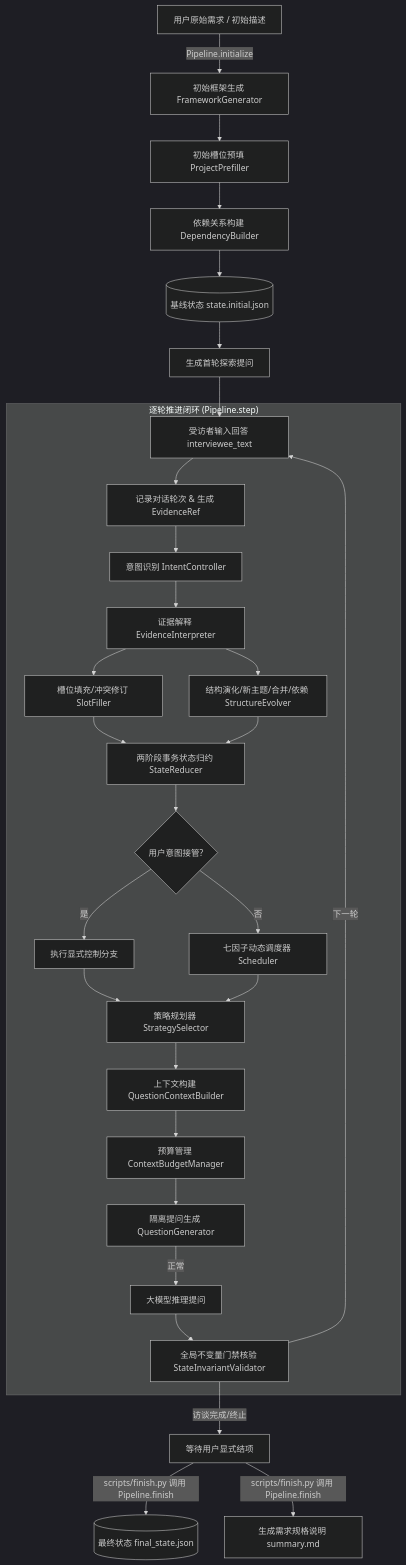
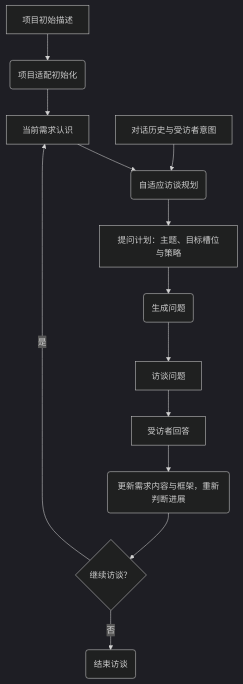
The diagram in README_zh.md (EchoAran/ElicitMind), drawn with Mermaid (dark theme) before and after one commit. The commit also changed other lines of this file and 1 other file, not shown here.

````diff
--- a/README_zh.md
+++ b/README_zh.md
@@ -48,33 +48,15 @@
 ```mermaid
 flowchart TD
-    A[用户原始需求 / 初始描述] -->|Pipeline.initialize| B[初始框架生成 FrameworkGenerator]
-    B --> C[初始槽位预填 ProjectPrefiller]
-    C --> D[依赖关系构建 DependencyBuilder]
-    D --> E[(基线状态 state.initial.json)]
-
-    E --> F[生成首轮探索提问]
-    F --> G[受访者输入回答 interviewee_text]
-
-    subgraph "逐轮推进闭环 (Pipeline.step)"
-        G --> H[记录对话轮次 & 生成 EvidenceRef]
-        H --> I[意图识别 IntentController]
-        I --> J[证据解释 EvidenceInterpreter]
-        J --> K[槽位填充/冲突修订 SlotFiller]
-        J --> L[结构演化/新主题/合并/依赖 StructureEvolver]
-        K & L --> M[两阶段事务状态归约 StateReducer]
-        M --> N{用户意图接管?}
-        N -- 是 --> O[执行显式控制分支]
-        N -- 否 --> P[七因子动态调度器 Scheduler]
-        O & P --> Q[策略规划器 StrategySelector]
-        Q --> R[上下文构建 QuestionContextBuilder]
-        R --> S[预算管理 ContextBudgetManager]
-        S --> T[隔离提问生成 QuestionGenerator]
-        T -->|正常| V[大模型推理提问]
-        V --> W[全局不变量门禁核验 StateInvariantValidator]
-    end
-
-    W -->|下一轮| G
-    W -->|访谈完成/终止| X[等待用户显式结项]
-    X -->|scripts/finish.py 调用 Pipeline.finish| Y[(最终状态 final_state.json)]
-    X -->|scripts/finish.py 调用 Pipeline.finish| Z[生成需求规格说明 summary.md]
+    I[项目初始描述] --> A(项目适配初始化)
+    A --> U[当前需求认识]
+    U --> B(自适应访谈规划)
+    H[对话历史与受访者意图] --> B
+    B --> P[提问计划：主题、目标槽位与策略]
+    P --> G(生成问题)
+    G --> Q[访谈问题]
+    Q --> R[受访者回答]
+    R --> C(更新需求内容与框架，重新判断进展)
+    C --> D{继续访谈？}
+    D -- 是 --> U
+    D -- 否 --> F(结束访谈)
 ```
````
